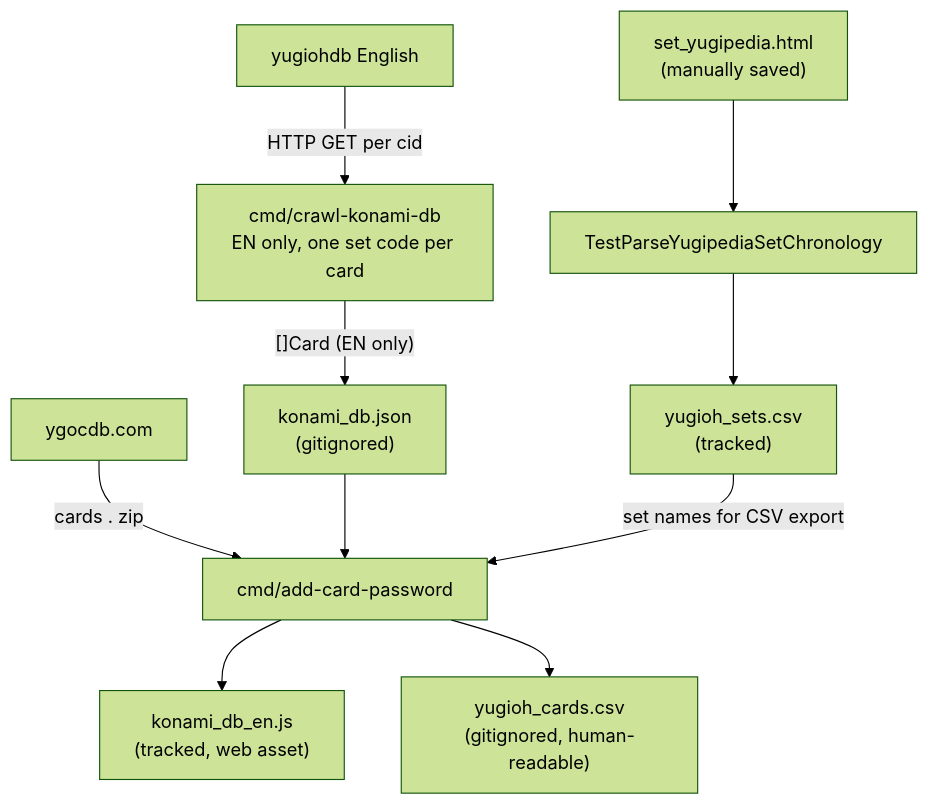
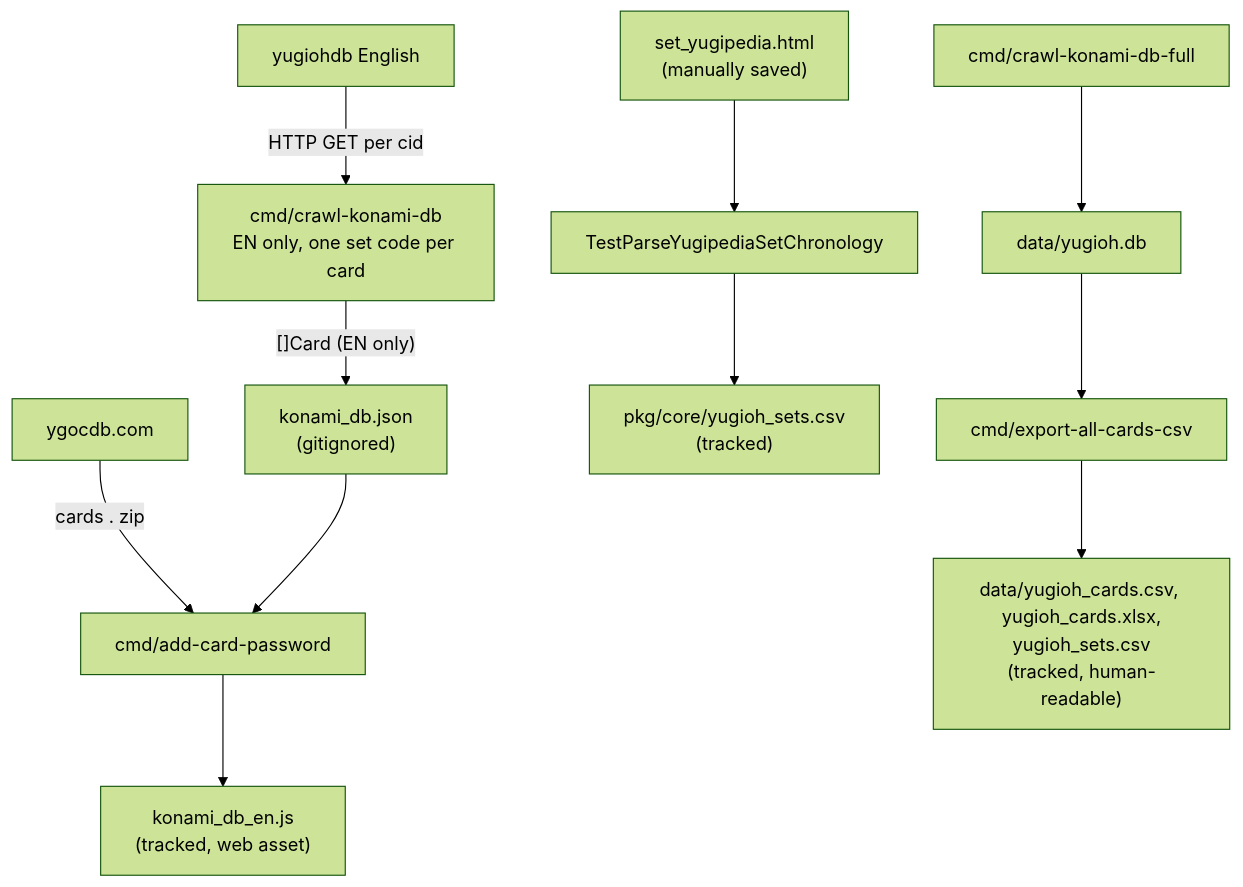
The diagram in doc/card_data_collection.md (daominah/yugioh_card_editor_database), drawn with Mermaid (forest theme) before and after one commit. The commit also changed other lines of this file and 15 other files, not shown here.

Commit message:
add cmd export-all-cards-csv: write data/yugioh_cards.csv, .xlsx (rows colored by card type), and data/yugioh_sets.csv from data/yugioh.db, remove the CSV export from add-card-password

````diff
--- a/doc/card_data_collection.md
+++ b/doc/card_data_collection.md
@@ -60,19 +63,22 @@
 ```mermaid
 flowchart TD
     KonamiEN["yugiohdb English"]
     YGOCDB["ygocdb.com"]
     YugipediaHTML["set_yugipedia.html\n(manually saved)"]
     CrawlCmd["cmd/crawl-konami-db\nEN only, one set code per card"]
     AddPwdCmd["cmd/add-card-password"]
     SetTest["TestParseYugipediaSetChronology"]
     KonamiEN -->|HTTP GET per cid| CrawlCmd
     CrawlCmd -->|" []Card (EN only) "| KonamiJSON
     KonamiJSON["konami_db.json\n(gitignored)"]
-    SetsCSV["yugioh_sets.csv\n(tracked)"]
+    SetsCSV["pkg/core/yugioh_sets.csv\n(tracked)"]
     YugipediaHTML --> SetTest --> SetsCSV
     YGOCDB -->|cards . zip| AddPwdCmd
     KonamiJSON --> AddPwdCmd
-    SetsCSV -->|set names for CSV export| AddPwdCmd
     AddPwdCmd --> WebJS["konami_db_en.js\n(tracked, web asset)"]
-    AddPwdCmd --> CardsCSV["yugioh_cards.csv\n(gitignored, human-readable)"]
+    FullCmd["cmd/crawl-konami-db-full"]
+    FullCmd --> SQLite["data/yugioh.db"]
+    ExportCmd["cmd/export-all-cards-csv"]
+    SQLite --> ExportCmd
+    ExportCmd --> CardsCSV["data/yugioh_cards.csv, yugioh_cards.xlsx,\nyugioh_sets.csv\n(tracked, human-readable)"]
 ```
````
